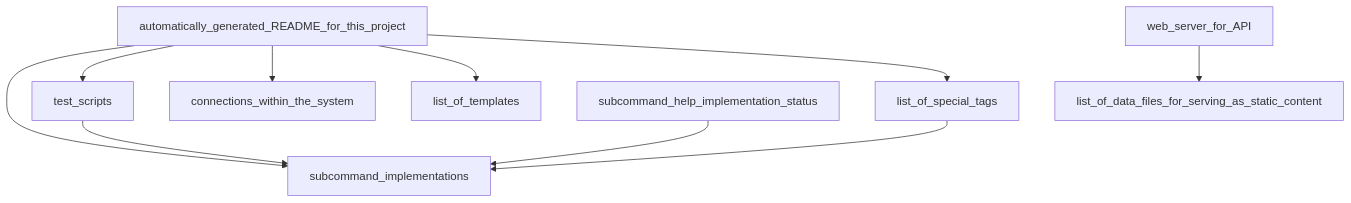
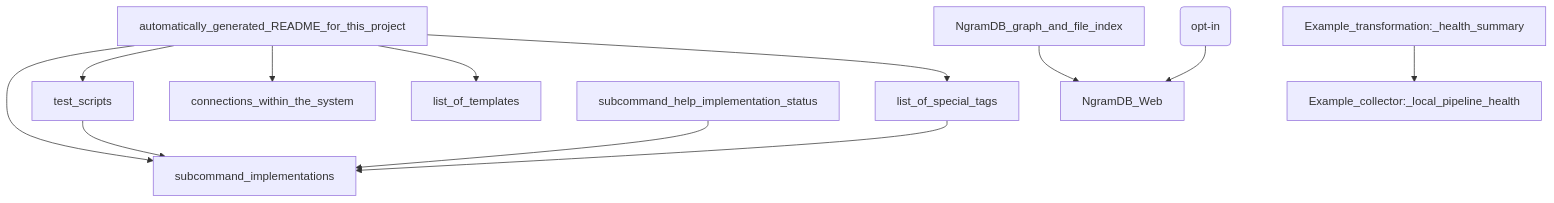
Before and after one commit to nicholas-long/ngramdb-ai: the diagram in README.md, drawn with Mermaid. The commit also changed 68 other files, not shown here.

Commit message:
create web interface - first attempt with codex went well

````diff
--- a/README.md
+++ b/README.md
@@ -10,12 +10,14 @@
 ```mermaid
 graph TD;
   test_scripts --> subcommand_implementations;
   automatically_generated_README_for_this_project --> subcommand_implementations;
   automatically_generated_README_for_this_project --> test_scripts;
   automatically_generated_README_for_this_project --> connections_within_the_system;
   automatically_generated_README_for_this_project --> list_of_templates;
   automatically_generated_README_for_this_project --> list_of_special_tags;
   subcommand_help_implementation_status --> subcommand_implementations;
-  web_server_for_API --> list_of_data_files_for_serving_as_static_content;
   list_of_special_tags --> subcommand_implementations;
+  NgramDB_graph_and_file_index --> NgramDB_Web;
+  Codex_task_worker_(opt-in) --> NgramDB_Web;
+  Example_transformation:_health_summary --> Example_collector:_local_pipeline_health;
 ```
````
